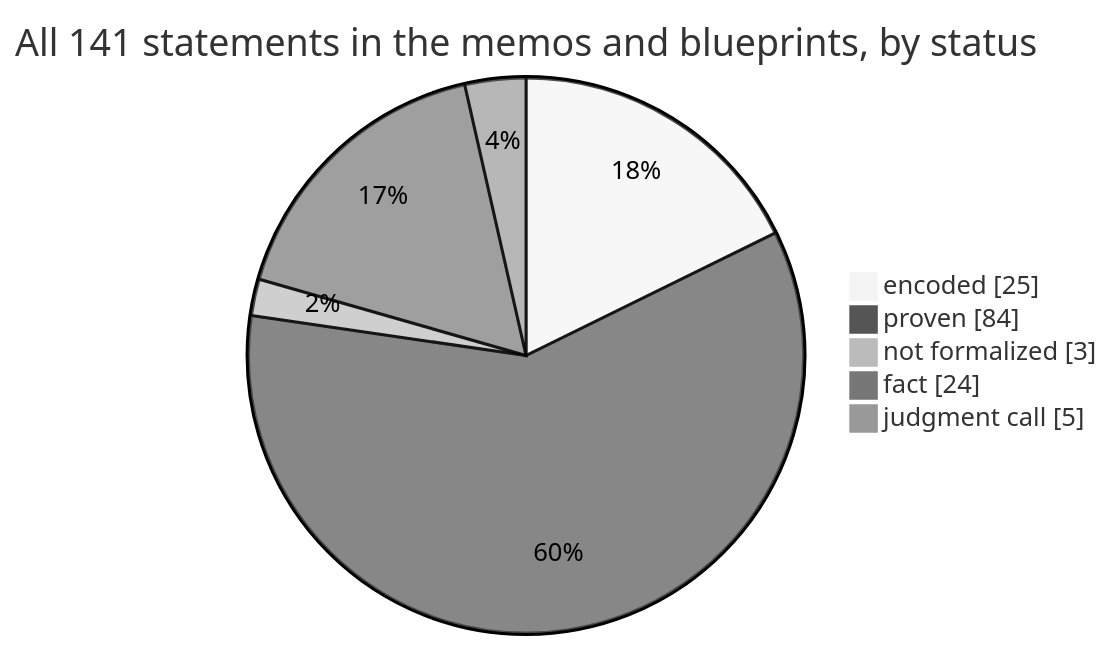
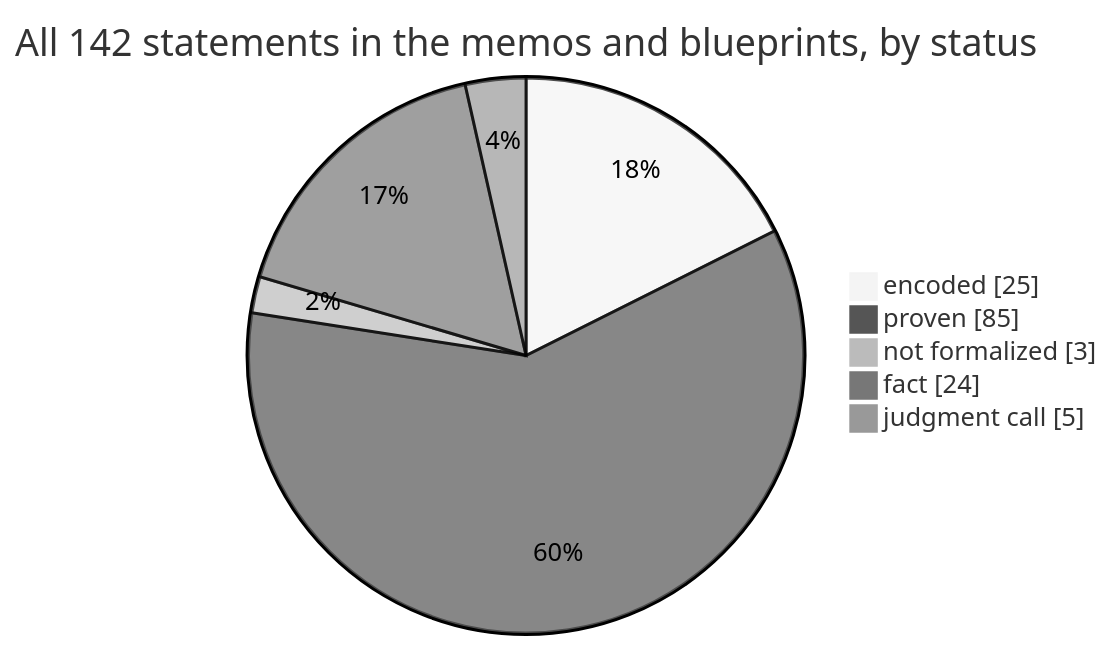
Before and after one commit to SeanWMurray/Canteen: the first of 4 diagrams in docs/graphs/dashboard.md, drawn with Mermaid (neutral theme). The commit also changed other lines of this file and 16 other files, not shown here.

````diff
--- a/docs/graphs/dashboard.md
+++ b/docs/graphs/dashboard.md
@@ -11,8 +11,8 @@
 ```mermaid
-pie showData title All 141 statements in the memos and blueprints, by status
+pie showData title All 142 statements in the memos and blueprints, by status
     "encoded" : 25
-    "proven" : 84
+    "proven" : 85
     "not formalized" : 3
     "fact" : 24
     "judgment call" : 5
 ```
````
